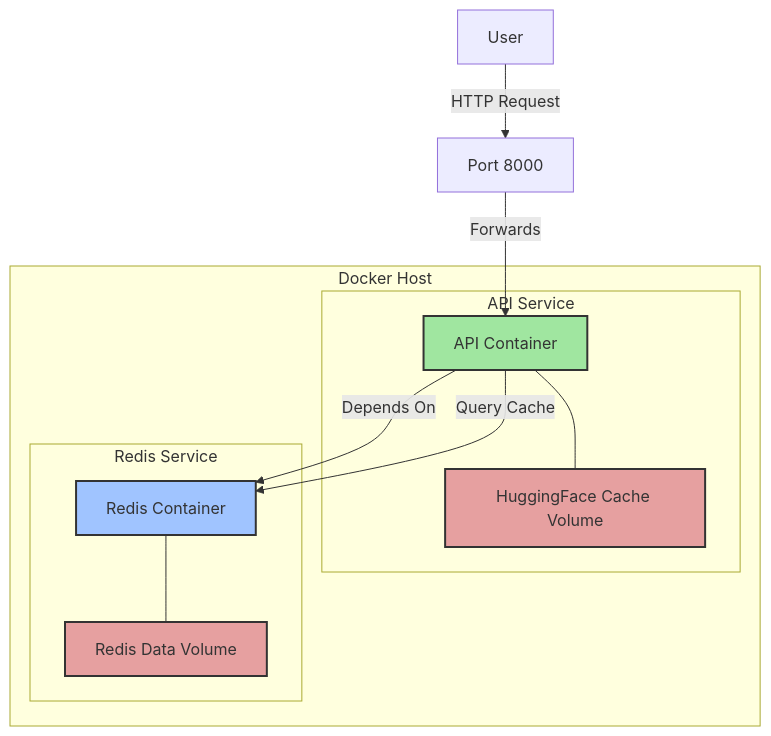
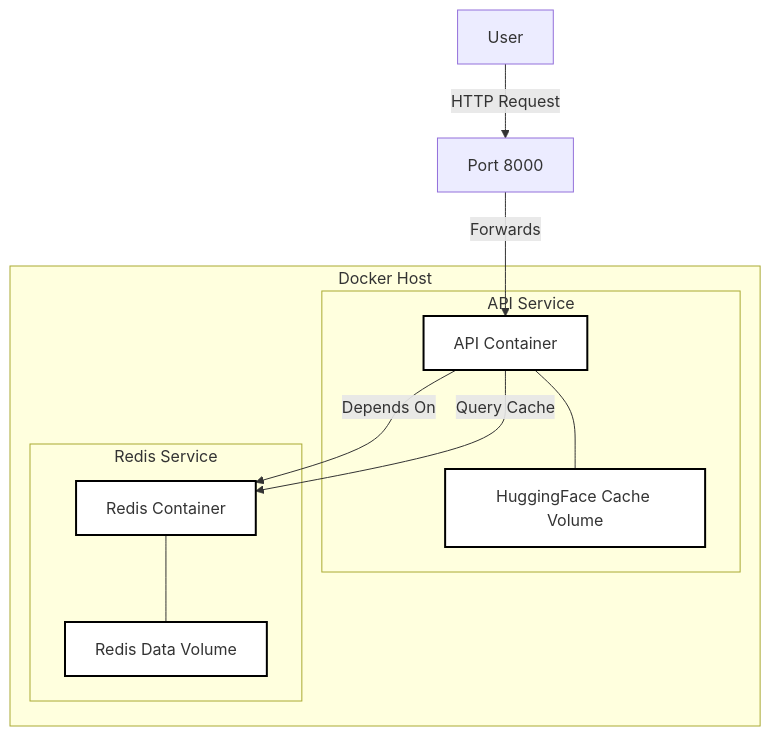
One commit to SoundMindsAI/ai_examples changed the fourth of 5 diagrams in An_LLM_Query_Understanding_Service/README.md. Above: the diagram before and after it, drawn with Mermaid. The commit also changed other lines of this file, not shown here.

Commit message:
Update Mermaid diagrams to use white fill and black borders for consistency

````diff
--- a/An_LLM_Query_Understanding_Service/README.md
+++ b/An_LLM_Query_Understanding_Service/README.md
@@ -176,27 +176,27 @@
 ```mermaid
 graph TB
     User[User] -->|HTTP Request| Port8000[Port 8000]
     Port8000 -->|Forwards| APIContainer[API Container]
     APIContainer -->|Depends On| RedisContainer[Redis Container]
     
     subgraph "Docker Host"
         subgraph "API Service"
             APIContainer
             Volume1[HuggingFace Cache Volume]
             APIContainer --- Volume1
         end
         
         subgraph "Redis Service"
             RedisContainer
             Volume2[Redis Data Volume]
             RedisContainer --- Volume2
         end
     end
     
     APIContainer -->|Query Cache| RedisContainer
     
-    style APIContainer fill:#a0e6a0,stroke:#333,stroke-width:2px
-    style RedisContainer fill:#a0c4ff,stroke:#333,stroke-width:2px
-    style Volume1 fill:#e6a0a0,stroke:#333,stroke-width:2px
-    style Volume2 fill:#e6a0a0,stroke:#333,stroke-width:2px
+    style APIContainer fill:white,stroke:black,stroke-width:2px
+    style RedisContainer fill:white,stroke:black,stroke-width:2px
+    style Volume1 fill:white,stroke:black,stroke-width:2px
+    style Volume2 fill:white,stroke:black,stroke-width:2px
 ```
````
